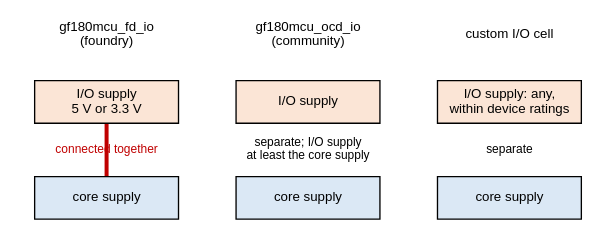
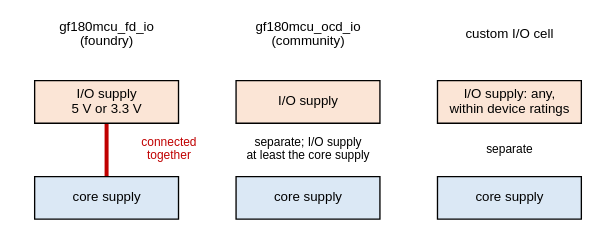
One commit to mithro/evampire changed the diagram in docs/ethernet/rgmii/io-supplies.dot. Above: the diagram before and after it, drawn with Graphviz. The commit also changed 2 other files, not shown here.

Commit message:
Tidy RGMII figure labels after review
Move the RGMII link label clear of the boxes, move the connected-supply
label off its line, and state the tagged minimum payload in the frame
caption.

```diff
--- a/docs/ethernet/rgmii/io-supplies.dot
+++ b/docs/ethernet/rgmii/io-supplies.dot
@@ -1,34 +1,34 @@
 // The three choices of I/O cell and how each relates the I/O supply to the
 // core supply.
 //
 // Fixed grid, positions in inches.
 //
 // SPDX-License-Identifier: Apache-2.0
 
 graph io_supplies {
     graph [layout=neato, splines=false, outputorder=edgesfirst,
            fontname="Helvetica", fontsize=10];
     node  [fontname="Helvetica", fontsize=9, pin=true, shape=box,
            style=filled, fixedsize=true];
     edge  [penwidth=1.5];
 
     node [shape=plaintext, style="", width=1.9, height=0.4, fontsize=10];
     t1 [pos="0.95,2.25!", label="gf180mcu_fd_io\n(foundry)"];
     t2 [pos="3.05,2.25!", label="gf180mcu_ocd_io\n(community)"];
     t3 [pos="5.15,2.25!", label="custom I/O cell"];
 
     node [shape=box, style=filled, width=1.5, height=0.45];
     io1 [pos="0.95,1.55!", fillcolor="#fbe5d6", label="I/O supply\n5 V or 3.3 V"];
     co1 [pos="0.95,0.55!", fillcolor="#dbe8f5", label="core supply"];
     io2 [pos="3.05,1.55!", fillcolor="#fbe5d6", label="I/O supply"];
     co2 [pos="3.05,0.55!", fillcolor="#dbe8f5", label="core supply"];
     io3 [pos="5.15,1.55!", fillcolor="#fbe5d6",
          label="I/O supply: any,\nwithin device ratings"];
     co3 [pos="5.15,0.55!", fillcolor="#dbe8f5", label="core supply"];
 
     io1 -- co1 [penwidth=3, color="#c00000"];
     node [shape=plaintext, style="", width=1.9, height=0.35, fontsize=9];
-    l1 [pos="0.95,1.05!", fontcolor="#c00000", label="connected together"];
+    l1 [pos="1.6,1.05!", width=1.0, fontcolor="#c00000", label="connected\ntogether"];
     l2 [pos="3.05,1.05!", label="separate; I/O supply\nat least the core supply"];
     l3 [pos="5.15,1.05!", label="separate"];
 }
```
